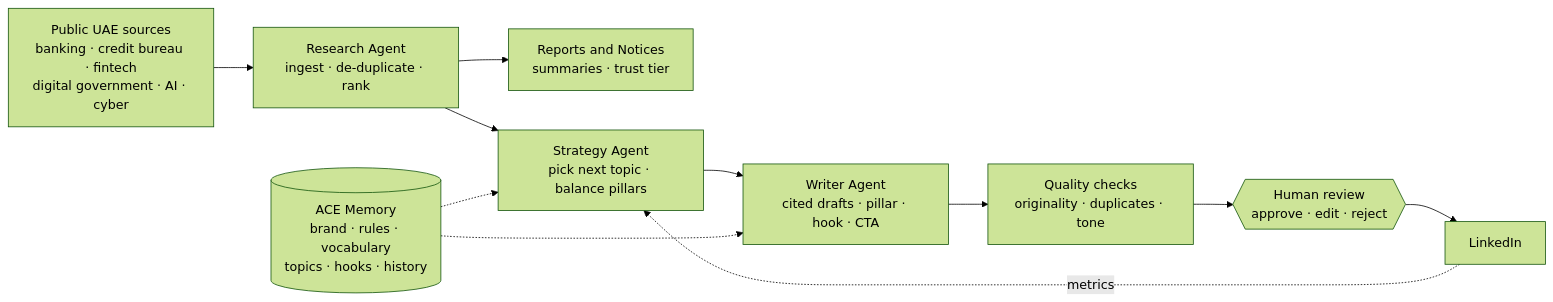
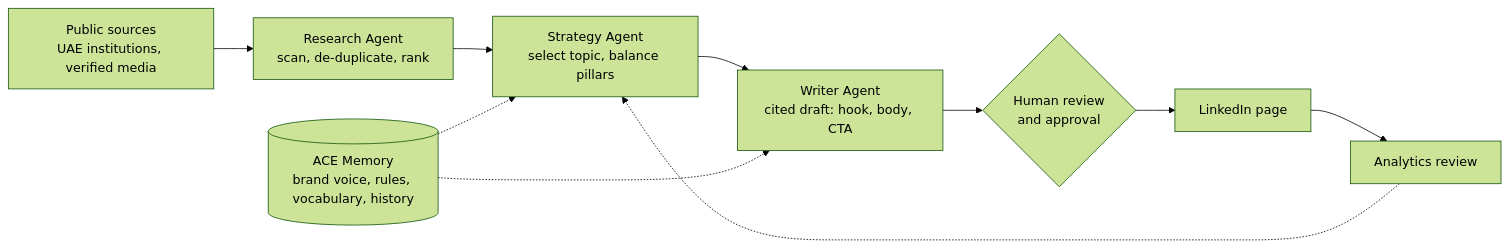
One commit to AditiR-21/ACE changed the diagram in README.md. Above: the diagram before and after it, drawn with Mermaid (forest theme). The commit also changed other lines of this file, not shown here.

````diff
--- a/README.md
+++ b/README.md
@@ -41,13 +26,12 @@
 ```mermaid
 flowchart LR
-    S[Public UAE sources<br/>banking · credit bureau · fintech<br/>digital government · AI · cyber] --> R[Research Agent<br/>ingest · de-duplicate · rank]
-    R --> N[Reports and Notices<br/>summaries · trust tier]
-    R --> ST[Strategy Agent<br/>pick next topic · balance pillars]
-    ST --> W[Writer Agent<br/>cited drafts · pillar · hook · CTA]
-    M[(ACE Memory<br/>brand · rules · vocabulary<br/>topics · hooks · history)] -.-> ST
+    S[Public sources<br/>UAE institutions, verified media] --> R[Research Agent<br/>scan, de-duplicate, rank]
+    R --> T[Strategy Agent<br/>select topic, balance pillars]
+    T --> W[Writer Agent<br/>cited draft: hook, body, CTA]
+    W --> H{Human review<br/>and approval}
+    H --> L[LinkedIn page]
+    M[(ACE Memory<br/>brand voice, rules, vocabulary, history)] -.-> T
     M -.-> W
-    W --> Q[Quality checks<br/>originality · duplicates · tone]
-    Q --> H{{Human review<br/>approve · edit · reject}}
-    H --> L[LinkedIn]
-    L -. metrics .-> ST
+    L --> A[Analytics review]
+    A -.-> T
 ```
````
